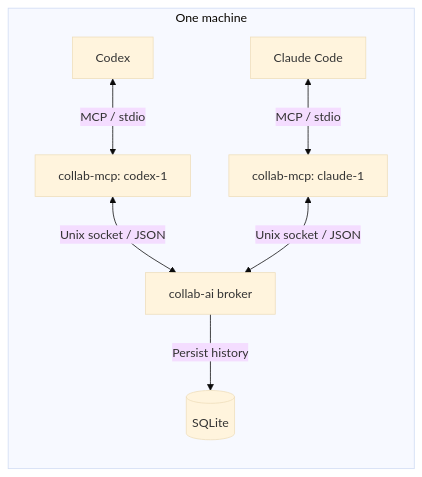
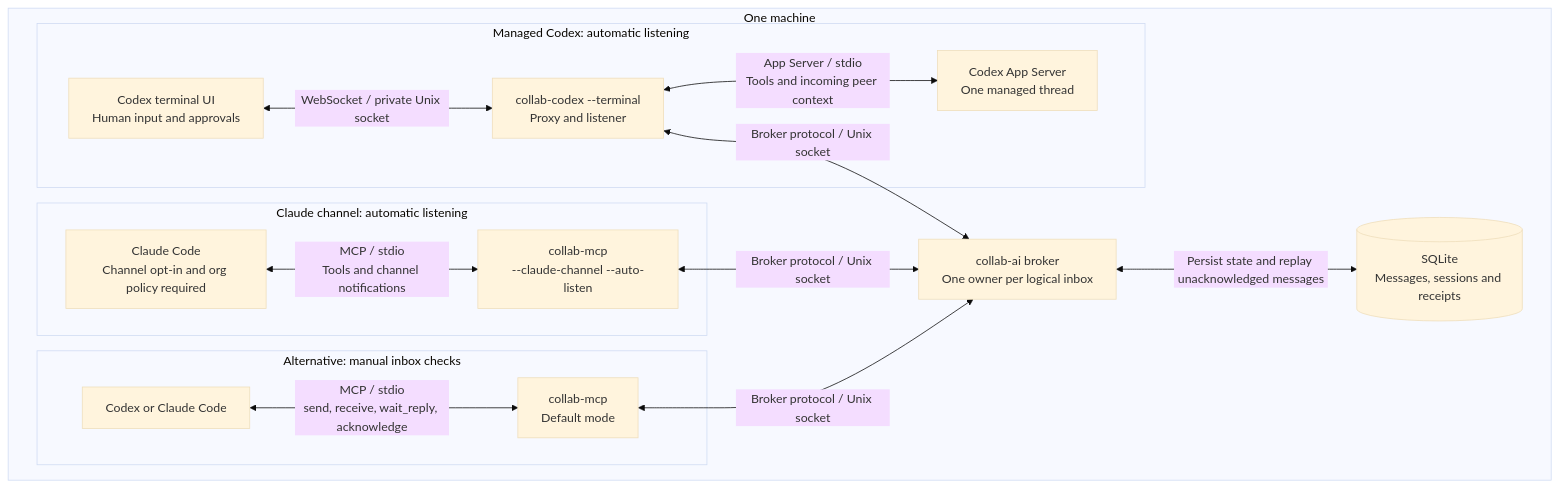
The diagram in README.md (makarski/collab-ai), drawn with Mermaid (base theme) before and after one commit. The commit also changed other lines of this file, not shown here.

Commit message:
Update architecture diagram for managed terminal communication

````diff
--- a/README.md
+++ b/README.md
@@ -16,10 +16,29 @@
 ```mermaid
-flowchart LR
+flowchart TB
     subgraph local["One machine"]
-        codex["Codex"] <-->|"MCP / stdio"| codexMcp["collab-mcp: codex-1"]
-        claude["Claude Code"] <-->|"MCP / stdio"| claudeMcp["collab-mcp: claude-1"]
-        codexMcp <-->|"Unix socket / JSON"| broker["collab-ai broker"]
-        claudeMcp <-->|"Unix socket / JSON"| broker
-        broker -->|"Persist history"| db[("SQLite")]
+        subgraph codexPath["Managed Codex: automatic listening"]
+            codexUI["Codex terminal UI<br/>Human input and approvals"]
+            codexProxy["collab-codex --terminal<br/>Proxy and listener"]
+            codexHost["Codex App Server<br/>One managed thread"]
+            codexUI <-->|"WebSocket / private Unix socket"| codexProxy
+            codexProxy <-->|"App Server / stdio<br/>Tools and incoming peer context"| codexHost
+        end
+
+        subgraph claudePath["Claude channel: automatic listening"]
+            claude["Claude Code<br/>Channel opt-in and org policy required"]
+            claudeMcp["collab-mcp<br/>--claude-channel --auto-listen"]
+            claude <-->|"MCP / stdio<br/>Tools and channel notifications"| claudeMcp
+        end
+
+        subgraph manualPath["Alternative: manual inbox checks"]
+            agent["Codex or Claude Code"]
+            manualMcp["collab-mcp<br/>Default mode"]
+            agent <-->|"MCP / stdio<br/>send, receive, wait_reply, acknowledge"| manualMcp
+        end
+
+        codexProxy <-->|"Broker protocol / Unix socket"| broker["collab-ai broker<br/>One owner per logical inbox"]
+        claudeMcp <-->|"Broker protocol / Unix socket"| broker
+        manualMcp <-->|"Broker protocol / Unix socket"| broker
+        broker <-->|"Persist state and replay unacknowledged messages"| db[("SQLite<br/>Messages, sessions and receipts")]
     end
 ```
````
